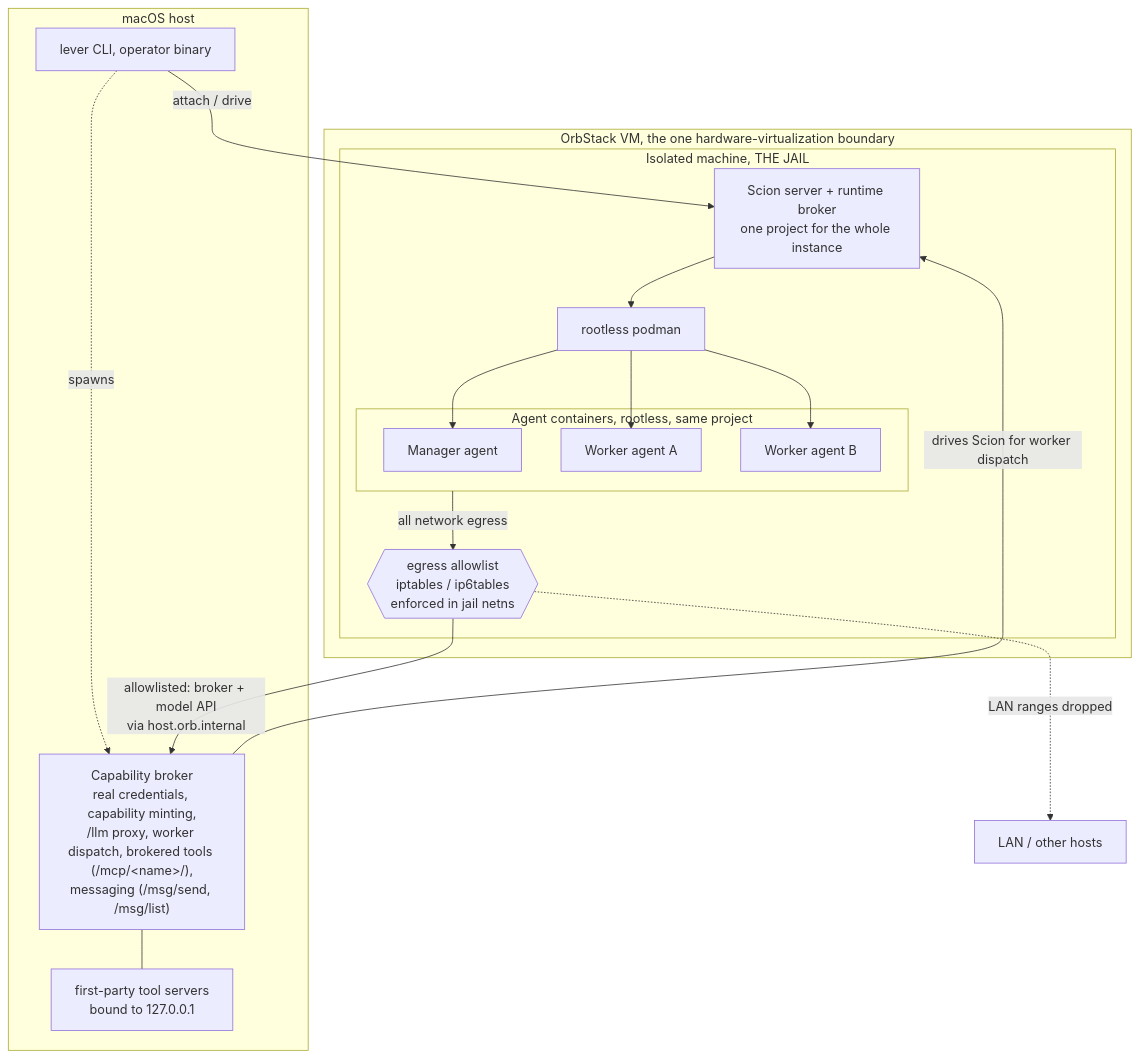
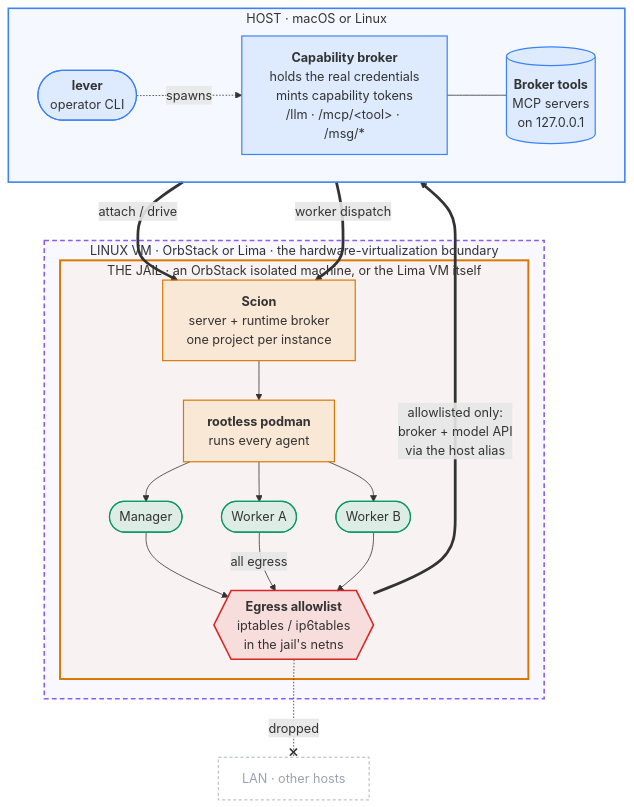
Before and after one commit to stevegeek/lever: the first of 3 diagrams in docs-site/_guides/architecture.md, drawn with Mermaid. The commit also changed other lines of this file, not shown here.

Commit message:
docs: architecture diagram for any host and backend
The layers diagram and the text around it assumed a macOS host and an
OrbStack VM. Name both hosts (macOS, Linux) and both backends (OrbStack,
Lima), say what the jail is on each, and give both host aliases. Restyle
the diagram: one colour per layer, readable in the light and dark themes,
and a top-to-bottom flow from Scion to the agents to the allowlist.

````diff
--- a/docs-site/_guides/architecture.md
+++ b/docs-site/_guides/architecture.md
@@ -23,31 +23,49 @@
 ```mermaid
-graph TD
-    subgraph host[macOS host]
-        L[lever CLI, operator binary]
-        BK["Capability broker<br/>real credentials, capability minting,<br/>/llm proxy, worker dispatch, brokered tools (/mcp/&lt;name&gt;/),<br/>messaging (/msg/send, /msg/list)"]
-        MCP[first-party tool servers<br/>bound to 127.0.0.1]
+flowchart TB
+    subgraph host["HOST · macOS or Linux"]
+        direction LR
+        L(["<b>lever</b><br/>operator CLI"])
+        BK["<b>Capability broker</b><br/>holds the real credentials<br/>mints capability tokens<br/>/llm · /mcp/&lt;tool&gt; · /msg/*"]
+        MCP[("<b>Broker tools</b><br/>MCP servers<br/>on 127.0.0.1")]
+        L -. spawns .-> BK
+        BK --- MCP
     end
-    subgraph vm[OrbStack VM, the one hardware-virtualization boundary]
-        subgraph jail[Isolated machine, THE JAIL]
-            SS["Scion server + runtime broker<br/>one project for the whole instance"]
-            RD[rootless podman]
-            FW{{egress allowlist<br/>iptables / ip6tables<br/>enforced in jail netns}}
-            subgraph agents[Agent containers, rootless, same project]
-                MGR[Manager agent]
-                WA[Worker agent A]
-                WB[Worker agent B]
-            end
+
+    subgraph vm["LINUX VM · OrbStack or Lima · the hardware-virtualization boundary"]
+        subgraph jail["THE JAIL · an OrbStack isolated machine, or the Lima VM itself"]
+            SS["<b>Scion</b><br/>server + runtime broker<br/>one project per instance"]
+            RD["<b>rootless podman</b><br/>runs every agent"]
+            MGR(["Manager"])
+            WA(["Worker A"])
+            WB(["Worker B"])
+            FW{{"<b>Egress allowlist</b><br/>iptables / ip6tables<br/>in the jail's netns"}}
         end
     end
-    L -->|attach / drive| SS
-    L -.->|spawns| BK
+
+    LAN["LAN · other hosts"]
+
+    L ==>|attach / drive| SS
+    BK ==>|worker dispatch| SS
     SS --> RD
-    RD --> MGR
-    RD --> WA
-    RD --> WB
-    BK --- MCP
-    BK -->|drives Scion for worker dispatch| SS
-    agents -->|all network egress| FW
-    FW -->|"allowlisted: broker + model API<br/>via host.orb.internal"| BK
-    FW -.->|LAN ranges dropped| LAN[LAN / other hosts]
+    RD --> MGR & WA & WB
+    MGR --> FW
+    WA -->|all egress| FW
+    WB --> FW
+    FW ==>|"allowlisted only:<br/>broker + model API<br/>via the host alias"| BK
+    FW -. dropped .-x LAN
+
+    classDef hostNode fill:#3b82f61f,stroke:#3b82f6,stroke-width:1.5px
+    classDef jailNode fill:#f59e0b1f,stroke:#d97706,stroke-width:1.5px
+    classDef agentNode fill:#10b9811f,stroke:#059669,stroke-width:1.5px
+    classDef guard fill:#ef44441f,stroke:#dc2626,stroke-width:2px
+    classDef outside fill:none,stroke:#9ca3af,stroke-dasharray:4 3,color:#9ca3af
+    class L,BK,MCP hostNode
+    class SS,RD jailNode
+    class MGR,WA,WB agentNode
+    class FW guard
+    class LAN outside
+
+    style host fill:#3b82f60d,stroke:#3b82f6,stroke-width:2px
+    style vm fill:#8b5cf60d,stroke:#8b5cf6,stroke-width:2px,stroke-dasharray:6 4
+    style jail fill:#f59e0b0d,stroke:#d97706,stroke-width:2.5px
 ```
````
